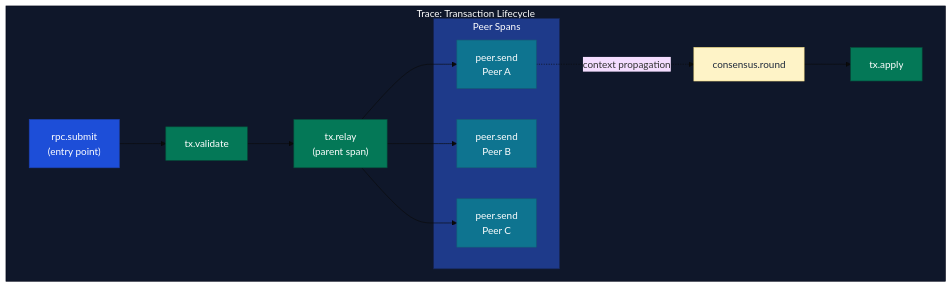
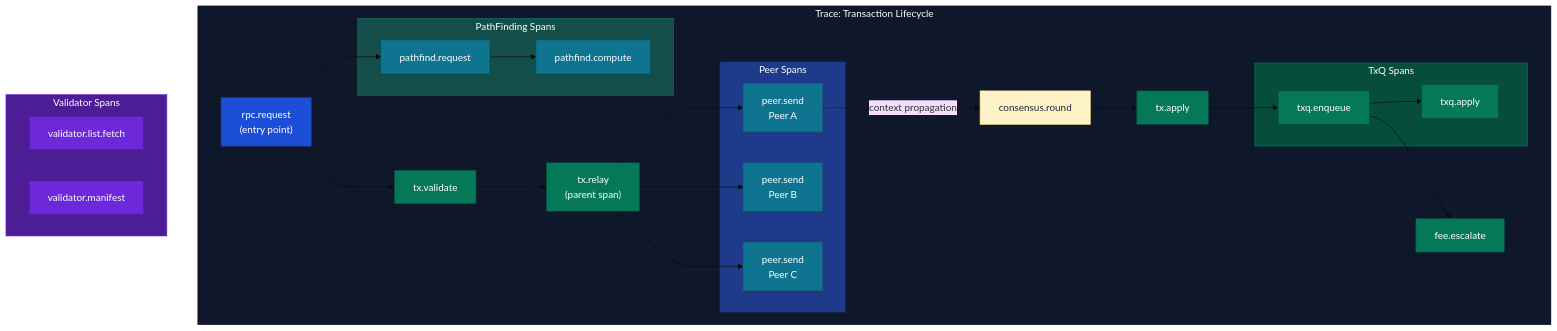
Before and after one commit to XRPLF/rippled: the diagram in OpenTelemetryPlan/08-appendix.md, drawn with Mermaid (base theme). The commit also changed other lines of this file and 12 other files, not shown here.

````diff
--- a/OpenTelemetryPlan/08-appendix.md
+++ b/OpenTelemetryPlan/08-appendix.md
@@ -44,36 +52,68 @@
 ```mermaid
 flowchart TB
     subgraph trace["Trace: Transaction Lifecycle"]
-        rpc["rpc.submit<br/>(entry point)"]
+        rpc["rpc.request<br/>(entry point)"]
         validate["tx.validate"]
         relay["tx.relay<br/>(parent span)"]
 
         subgraph peers["Peer Spans"]
             p1["peer.send<br/>Peer A"]
             p2["peer.send<br/>Peer B"]
             p3["peer.send<br/>Peer C"]
         end
 
+        subgraph pathfinding["PathFinding Spans"]
+            pathfind["pathfind.request"]
+            pathcomp["pathfind.compute"]
+        end
+
         consensus["consensus.round"]
         apply["tx.apply"]
+
+        subgraph txqueue["TxQ Spans"]
+            txq["txq.enqueue"]
+            txqApply["txq.apply"]
+        end
+
+        feeCalc["fee.escalate"]
+    end
+
+    subgraph validators["Validator Spans"]
+        valFetch["validator.list.fetch"]
+        valManifest["validator.manifest"]
     end
 
     rpc --> validate
+    rpc --> pathfind
+    pathfind --> pathcomp
     validate --> relay
     relay --> p1
     relay --> p2
     relay --> p3
     p1 -.->|"context propagation"| consensus
     consensus --> apply
+    apply --> txq
+    txq --> txqApply
+    txq --> feeCalc
 
     style trace fill:#0f172a,stroke:#020617,color:#fff
     style peers fill:#1e3a8a,stroke:#172554,color:#fff
+    style pathfinding fill:#134e4a,stroke:#0f766e,color:#fff
+    style txqueue fill:#064e3b,stroke:#047857,color:#fff
+    style validators fill:#4c1d95,stroke:#6d28d9,color:#fff
     style rpc fill:#1d4ed8,stroke:#1e40af,color:#fff
     style validate fill:#047857,stroke:#064e3b,color:#fff
     style relay fill:#047857,stroke:#064e3b,color:#fff
     style p1 fill:#0e7490,stroke:#155e75,color:#fff
     style p2 fill:#0e7490,stroke:#155e75,color:#fff
     style p3 fill:#0e7490,stroke:#155e75,color:#fff
     style consensus fill:#fef3c7,stroke:#fde68a,color:#1e293b
     style apply fill:#047857,stroke:#064e3b,color:#fff
+    style pathfind fill:#0e7490,stroke:#155e75,color:#fff
+    style pathcomp fill:#0e7490,stroke:#155e75,color:#fff
+    style txq fill:#047857,stroke:#064e3b,color:#fff
+    style txqApply fill:#047857,stroke:#064e3b,color:#fff
+    style feeCalc fill:#047857,stroke:#064e3b,color:#fff
+    style valFetch fill:#6d28d9,stroke:#4c1d95,color:#fff
+    style valManifest fill:#6d28d9,stroke:#4c1d95,color:#fff
 ```
````
